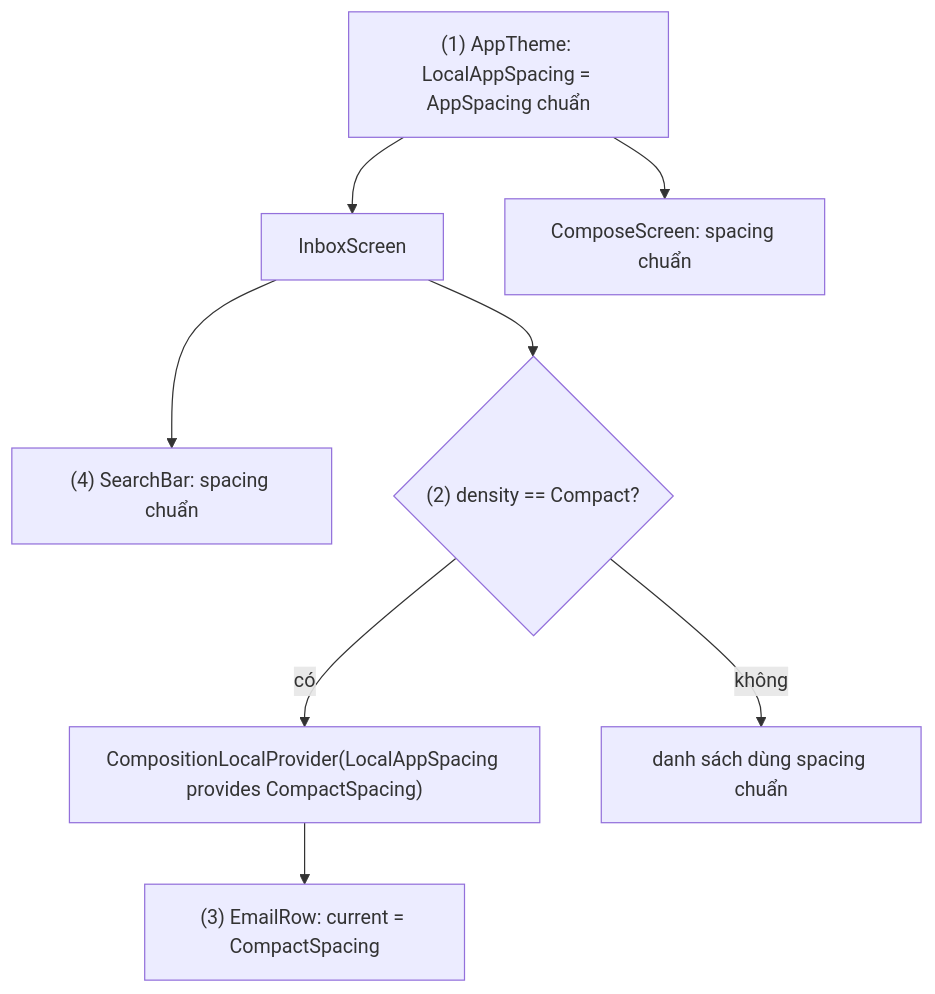
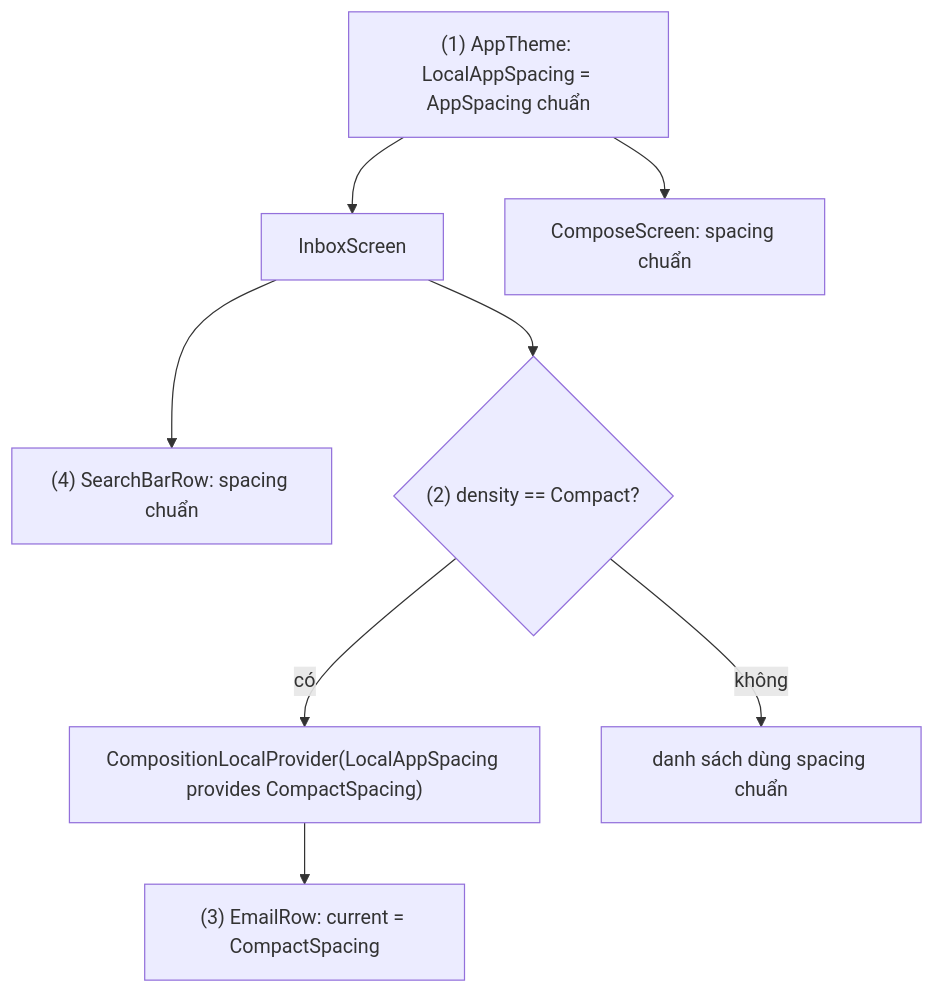
One commit to h1eu/knowledge changed the first of 4 diagrams in knowledge/android/docs/jetpack_compose_ui/theming/custom_theme.md. Above: the diagram before and after it, drawn with Mermaid. The commit also changed other lines of this file and 29 other files, not shown here.

````diff
--- a/knowledge/android/docs/jetpack_compose_ui/theming/custom_theme.md
+++ b/knowledge/android/docs/jetpack_compose_ui/theming/custom_theme.md
@@ -84,10 +84,10 @@
 ```mermaid
 flowchart TD
     R["(1) AppTheme: LocalAppSpacing = AppSpacing chuẩn"] --> S["InboxScreen"]
     R --> C["ComposeScreen: spacing chuẩn"]
-    S --> B["(4) SearchBar: spacing chuẩn"]
+    S --> B["(4) SearchBarRow: spacing chuẩn"]
     S --> P{"(2) density == Compact?"}
     P -->|có| PC["CompositionLocalProvider(LocalAppSpacing provides CompactSpacing)"]
     P -->|không| L["danh sách dùng spacing chuẩn"]
     PC --> E["(3) EmailRow: current = CompactSpacing"]
 ```
````
